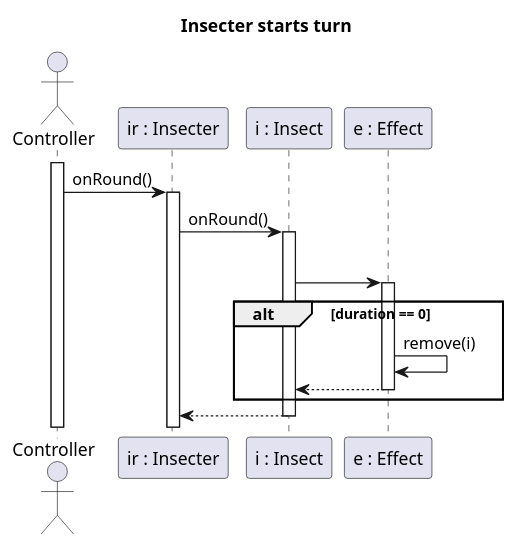
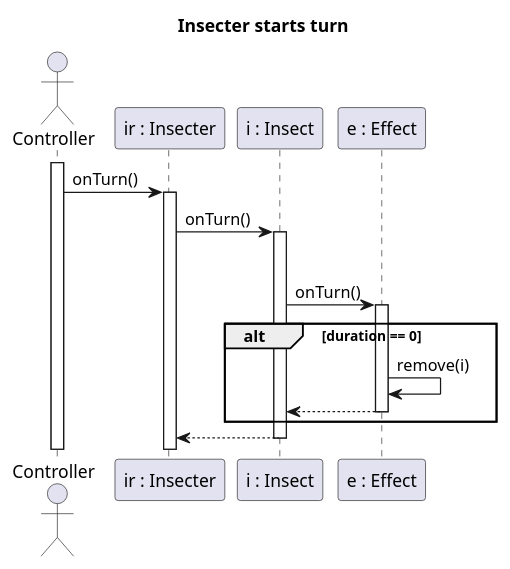
One commit to Petya-G/fungorium changed the diagram in 5/sequences/insecterStartsTurn.puml. Above: the diagram before and after it, drawn with PlantUML. The commit also changed 5 other files, not shown here.

Commit message:
added more diagrams

```diff
--- a/5/sequences/insecterStartsTurn.puml
+++ b/5/sequences/insecterStartsTurn.puml
@@ -1,31 +1,31 @@
 @startuml Insecter starts turn
 
 title Insecter starts turn
 
 actor Controller
 participant "ir : Insecter" as IR
 participant "i : Insect" as I
 participant "e : Effect" as E
 
 activate Controller
-Controller -> IR : onRound()
+Controller -> IR : onTurn()
 activate IR
 
-IR -> I : onRound()
+IR -> I : onTurn()
 activate I
 
 loop for(e : effects)
-    I -> E
+    I -> E : onTurn()
     activate E
 
     alt duration == 0
     E -> E : remove(i)
 
     I <--E
     deactivate E
 end
 
 IR <-- I
 deactivate I
 
 @enduml
```
